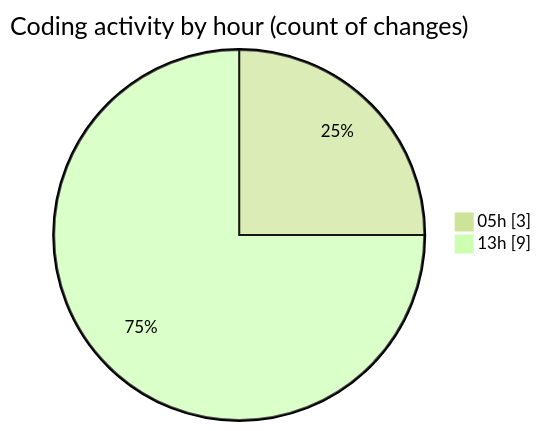
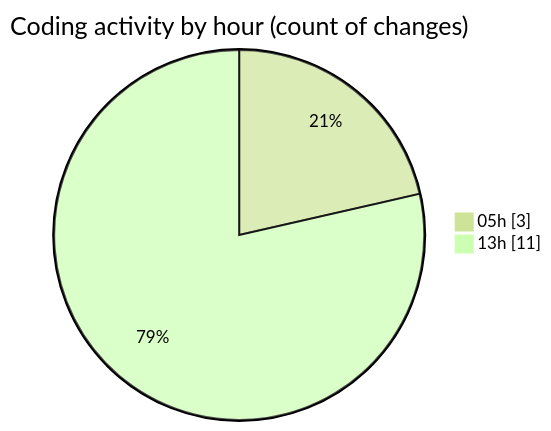
One commit to shibass792/code-tracking changed the second of 2 diagrams in 2026-07-11/untitled__workspace_/README.md. Above: the diagram before and after it, drawn with Mermaid (forest theme). The commit also changed other lines of this file and 1 other file, not shown here.

````diff
--- a/2026-07-11/untitled__workspace_/README.md
+++ b/2026-07-11/untitled__workspace_/README.md
@@ -28,6 +28,6 @@
 ```mermaid
 pie showData
 title Coding activity by hour (count of changes)
 "05h" : 3
-"13h" : 9
+"13h" : 11
 ```
````
